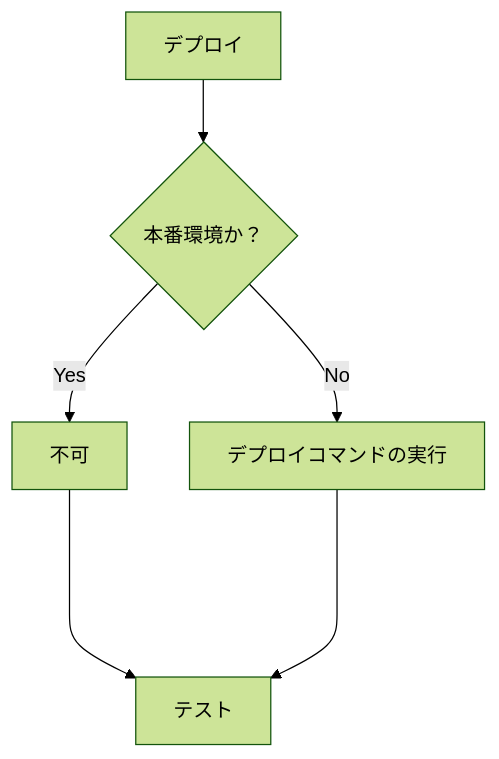
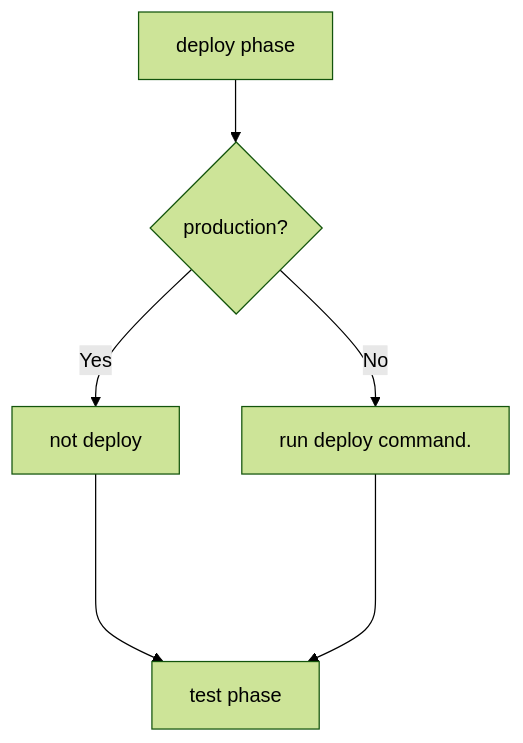
One commit to bokuwakuma/document-sample changed the first of 4 diagrams in markdown/sample.md. Above: the diagram before and after it, drawn with Mermaid (forest theme).

Commit message:
modify Japanese language to English

````diff
--- a/markdown/sample.md
+++ b/markdown/sample.md
@@ -24,8 +24,8 @@
 ```mermaid
   flowchart TD
-      A[デプロイ] --> B{本番環境か？};
-      B -- Yes --> C[不可];
-      B -- No --> D[デプロイコマンドの実行];
-      C ----> E[テスト];
-      D ----> E[テスト];
+      A[deploy phase] --> B{production?};
+      B -- Yes --> C[not deploy];
+      B -- No --> D[run deploy command.];
+      C ----> E[test phase];
+      D ----> E[test phase];
 ```
````
